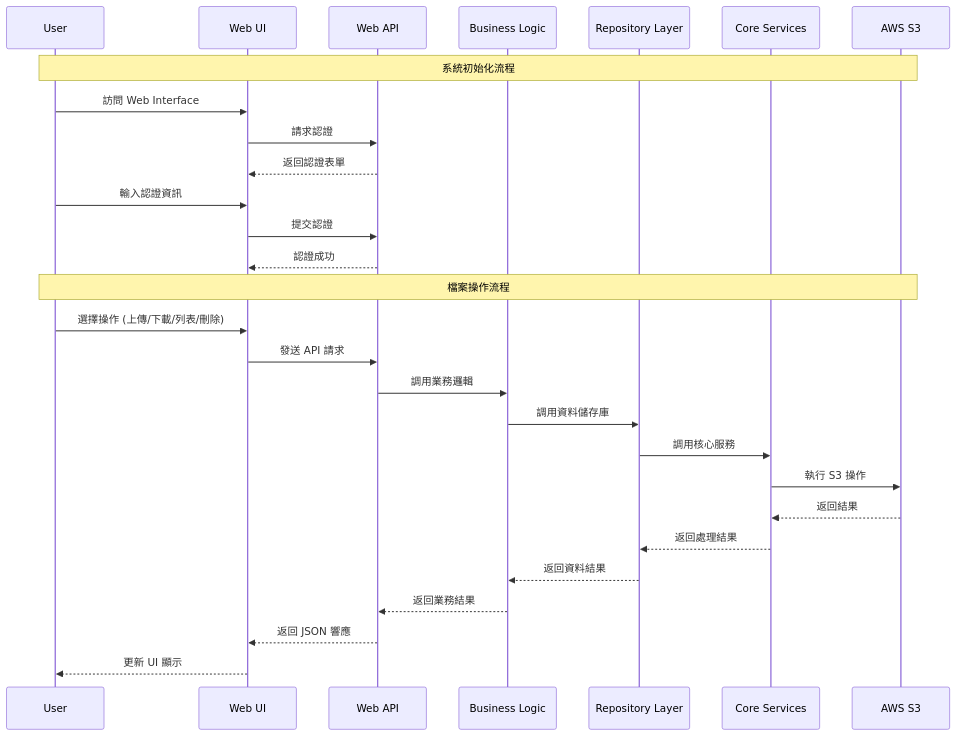
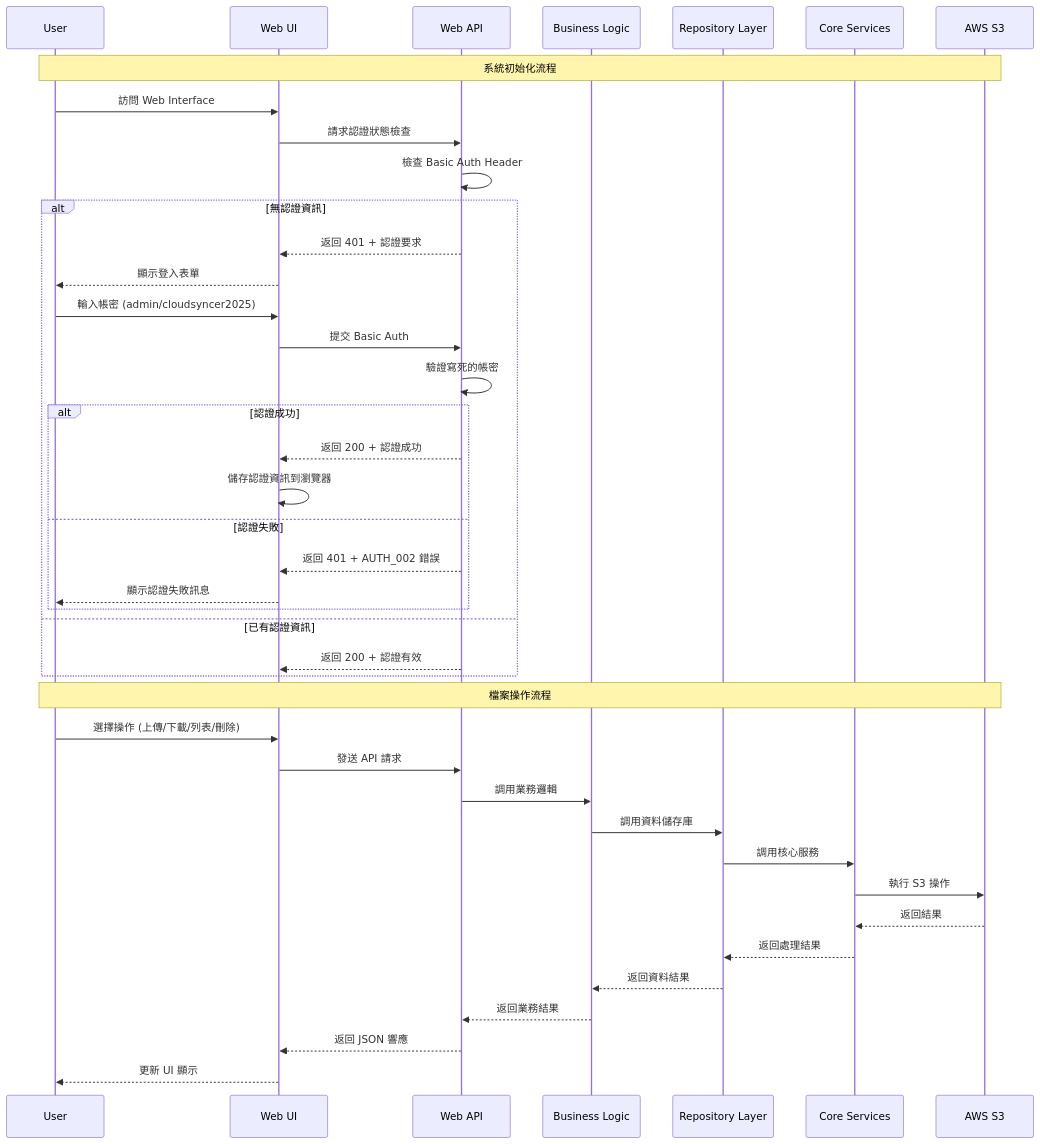
One commit to FATESAIKOU/CloudStorageSyncer changed the first of 3 diagrams in .prompt/02.Issue/04.AddWebInterface/01.BasicDesign/01.Overview-ProcessFlow.md. Above: the diagram before and after it, drawn with Mermaid. The commit also changed 3 other files, not shown here.

````diff
--- a/.prompt/02.Issue/04.AddWebInterface/01.BasicDesign/01.Overview-ProcessFlow.md
+++ b/.prompt/02.Issue/04.AddWebInterface/01.BasicDesign/01.Overview-ProcessFlow.md
@@ -5,34 +5,47 @@
 ```mermaid
 sequenceDiagram
     participant U as User
     participant W as Web UI
     participant A as Web API
     participant BL as Business Logic
     participant R as Repository Layer
     participant S as Core Services
     participant S3 as AWS S3
 
     Note over U,S3: 系統初始化流程
     U->>W: 訪問 Web Interface
-    W->>A: 請求認證
-    A-->>W: 返回認證表單
-    U->>W: 輸入認證資訊
-    W->>A: 提交認證
-    A-->>W: 認證成功
+    W->>A: 請求認證狀態檢查
+    A->>A: 檢查 Basic Auth Header
+    alt 無認證資訊
+        A-->>W: 返回 401 + 認證要求
+        W-->>U: 顯示登入表單
+        U->>W: 輸入帳密 (admin/cloudsyncer2025)
+        W->>A: 提交 Basic Auth
+        A->>A: 驗證寫死的帳密
+        alt 認證成功
+            A-->>W: 返回 200 + 認證成功
+            W->>W: 儲存認證資訊到瀏覽器
+        else 認證失敗
+            A-->>W: 返回 401 + AUTH_002 錯誤
+            W-->>U: 顯示認證失敗訊息
+        end
+    else 已有認證資訊
+        A-->>W: 返回 200 + 認證有效
+    end
 
     Note over U,S3: 檔案操作流程
     U->>W: 選擇操作 (上傳/下載/列表/刪除)
     W->>A: 發送 API 請求
     A->>BL: 調用業務邏輯
     BL->>R: 調用資料儲存庫
     R->>S: 調用核心服務
     S->>S3: 執行 S3 操作
     S3-->>S: 返回結果
     S-->>R: 返回處理結果
     R-->>BL: 返回資料結果
     BL-->>A: 返回業務結果
     A-->>W: 返回 JSON 響應
         W-->>U: 更新 UI 顯示
 
 ## 核心功能流程
 ```
````
